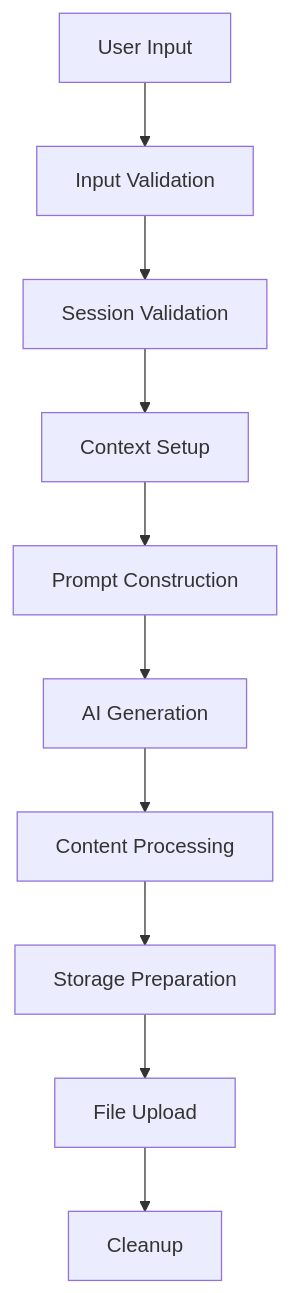
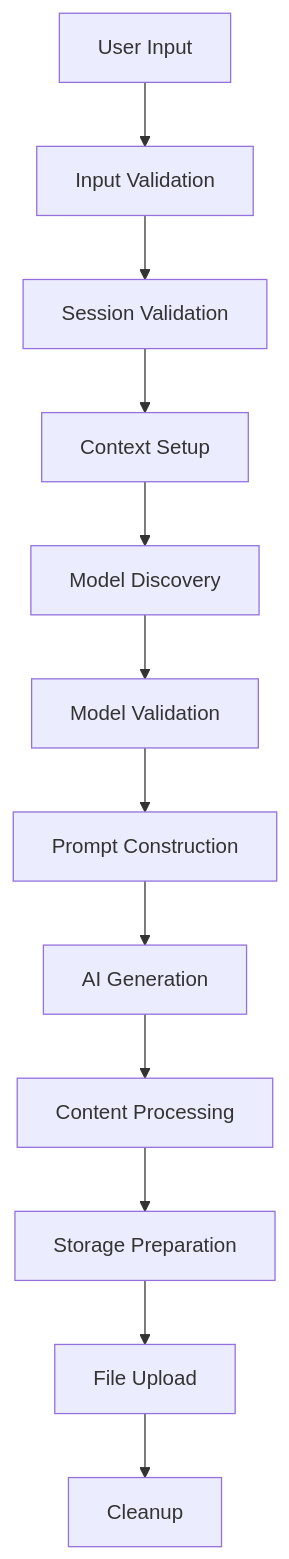
Before and after one commit to sfc-gh-sdickson/SVG-Image-Gen: the first of 3 diagrams in ontologies/functional_dependencies.md, drawn with Mermaid. The commit also changed other lines of this file and 32 other files, not shown here.

````diff
--- a/ontologies/functional_dependencies.md
+++ b/ontologies/functional_dependencies.md
@@ -94,12 +161,14 @@
 ```mermaid
 graph TD
     A[User Input] --> B[Input Validation]
     B --> C[Session Validation]
     C --> D[Context Setup]
-    D --> E[Prompt Construction]
-    E --> F[AI Generation]
-    F --> G[Content Processing]
-    G --> H[Storage Preparation]
-    H --> I[File Upload]
-    I --> J[Cleanup]
+    D --> E[Model Discovery]
+    E --> F[Model Validation]
+    F --> G[Prompt Construction]
+    G --> H[AI Generation]
+    H --> I[Content Processing]
+    I --> J[Storage Preparation]
+    J --> K[File Upload]
+    K --> L[Cleanup]
 ```
````
